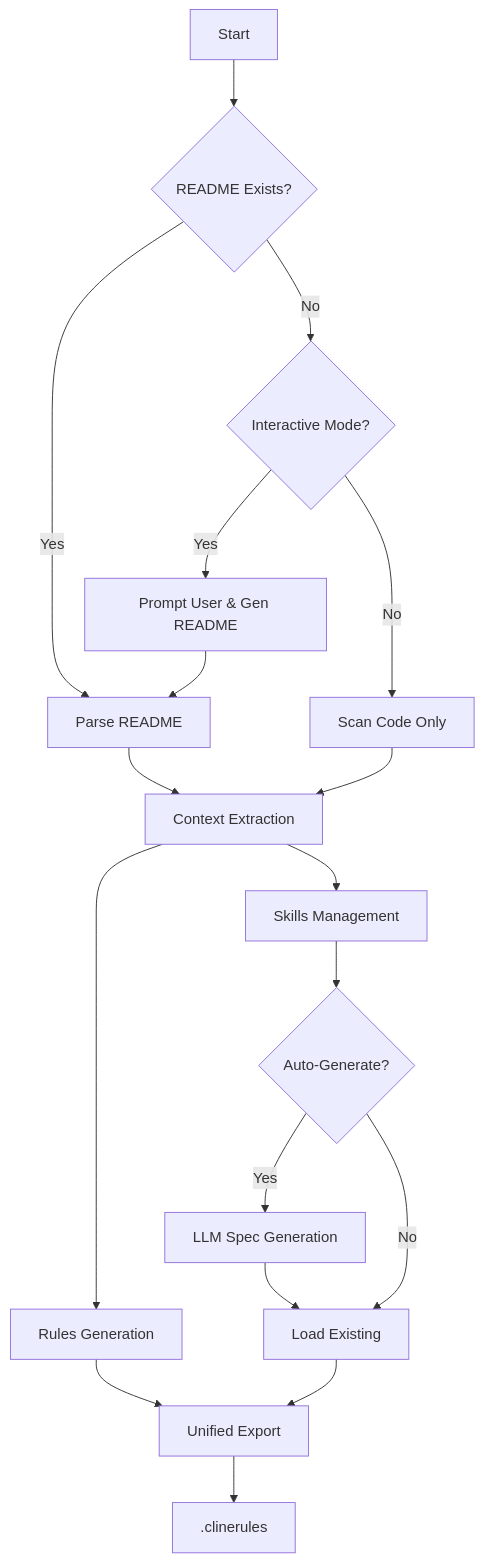
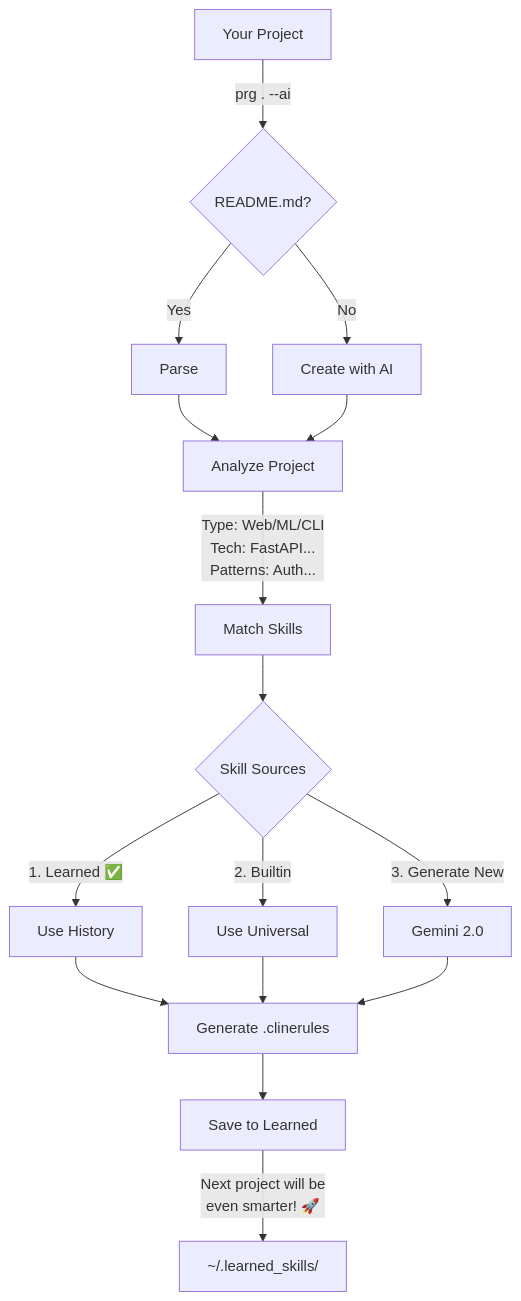
One commit to Amitro123/project-rules-generator changed the diagram in README.md. Above: the diagram before and after it, drawn with Mermaid. The commit also changed other lines of this file and 23 other files, not shown here.

````diff
--- a/README.md
+++ b/README.md
@@ -94,20 +30,21 @@
 ```mermaid
 graph TD
-    A[Start] --> B{README Exists?}
-    B -- Yes --> C[Parse README]
-    B -- No --> D{Interactive Mode?}
-    D -- Yes --> E[Prompt User & Gen README]
-    D -- No --> F[Scan Code Only]
-    E --> C
-    F --> G[Context Extraction]
-    C --> G
-    G --> H[Rules Generation]
-    G --> I[Skills Management]
-    I --> J{Auto-Generate?}
-    J -- Yes --> K[LLM Spec Generation]
-    J -- No --> L[Load Existing]
-    K --> L
-    H --> M[Unified Export]
-    L --> M
-    M --> N[.clinerules]
+    A[Your Project] -->|prg . --ai| B{README.md?}
+    B -->|Yes| C[Parse]
+    B -->|No| D[Create with AI]
+    C --> E[Analyze Project]
+    D --> E
+    E -->|Type: Web/ML/CLI<br>Tech: FastAPI...<br>Patterns: Auth...| F[Match Skills]
+    
+    F --> G{Skill Sources}
+    G -->|1. Learned ✅| H[Use History]
+    G -->|2. Builtin| I[Use Universal]
+    G -->|3. Generate New| J[Gemini 2.0]
+    
+    H --> K[Generate .clinerules]
+    I --> K
+    J --> K
+    
+    K --> L[Save to Learned]
+    L -->|Next project will be<br>even smarter! 🚀| M[~/.learned_skills/]
 ```
````
